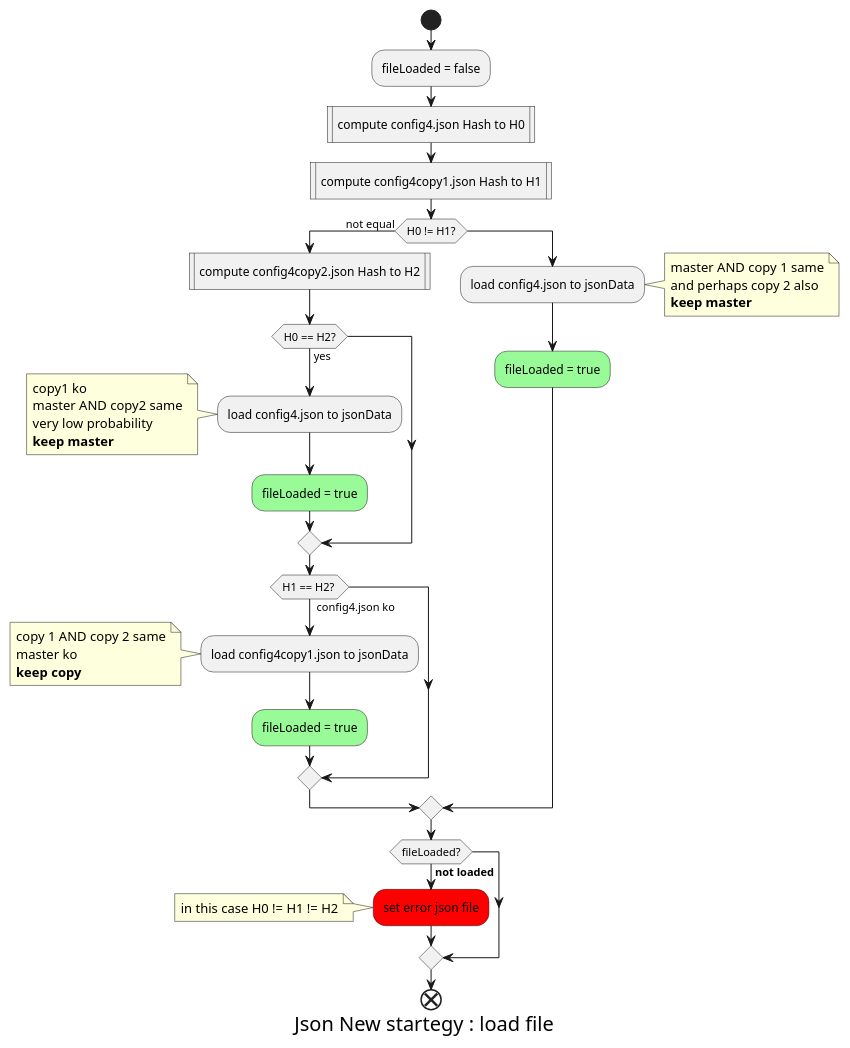
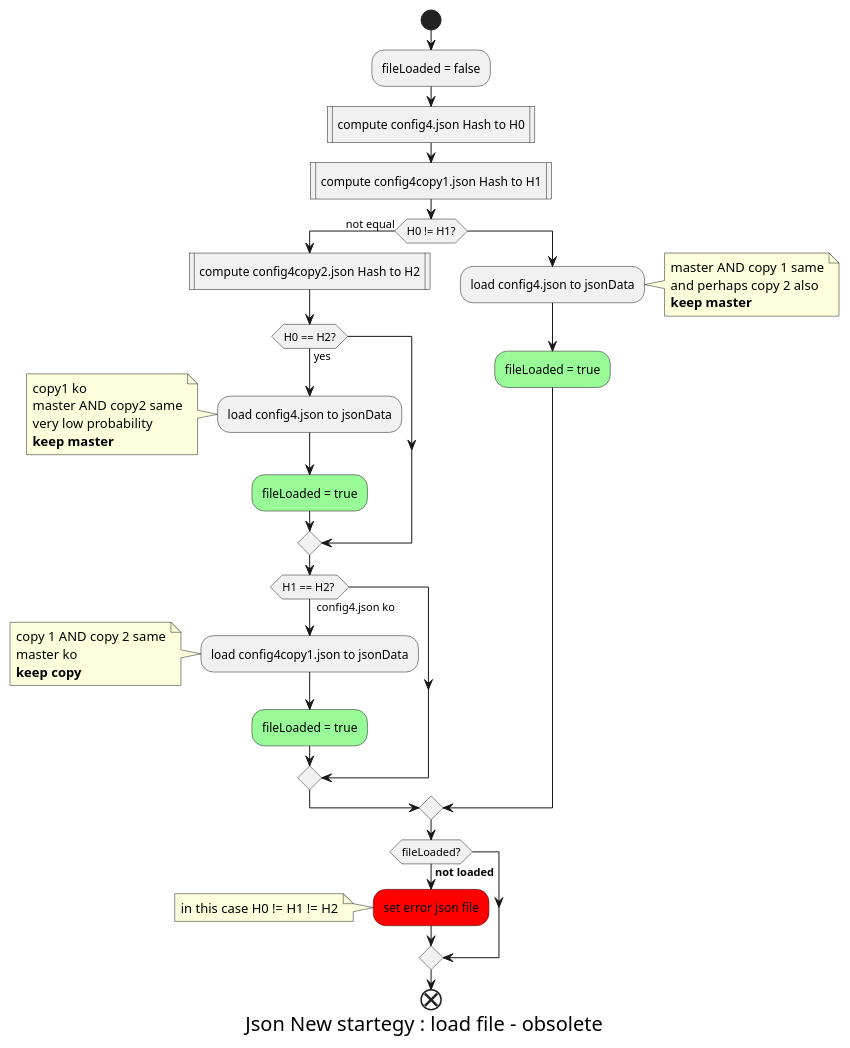
The diagram in _1_userDoc/source/graphviz/jsonNewStrategyLoad.wsd (volab/IoT_EPS), drawn with PlantUML before and after one commit. The commit also changed 11 other files, not shown here.

```diff
--- a/_1_userDoc/source/graphviz/jsonNewStrategyLoad.wsd
+++ b/_1_userDoc/source/graphviz/jsonNewStrategyLoad.wsd
@@ -1,59 +1,59 @@
 @startuml
 
 <style>
 caption {
 FontSize 20
 }
 </style>
 
-caption Json New startegy : load file
+caption Json New startegy : load file - obsolete
 
 start
 'skinparam ConditionEndStyle hline
 
 :fileLoaded = false;
 
 :compute config4.json Hash to H0|
 :compute config4copy1.json Hash to H1|
 
 if (H0 != H1?) then (not equal)
     :compute config4copy2.json Hash to H2|
     if (H0 == H2?) then (yes)
         :load config4.json to jsonData;
         note left
             copy1 ko
             master AND copy2 same
             very low probability
             <b>keep master
         end note
         #palegreen:fileLoaded = true;
     endif
     if (H1 == H2? ) then ( config4.json ko) 
         :load config4copy1.json to jsonData;
         note left
             copy 1 AND copy 2 same
             master ko 
             <b>keep copy
         end note
         #palegreen:fileLoaded = true;
     endif
 else
     :load config4.json to jsonData;
     note right
         master AND copy 1 same
         and perhaps copy 2 also
         <b>keep master
     end note
     #palegreen:fileLoaded = true;
 endif
 
 if (fileLoaded?) is (<b>not loaded) then
 #red:set error json file;
 note left
     in this case H0 != H1 != H2
 end note
 endif
 
 end
 
 @enduml
```
